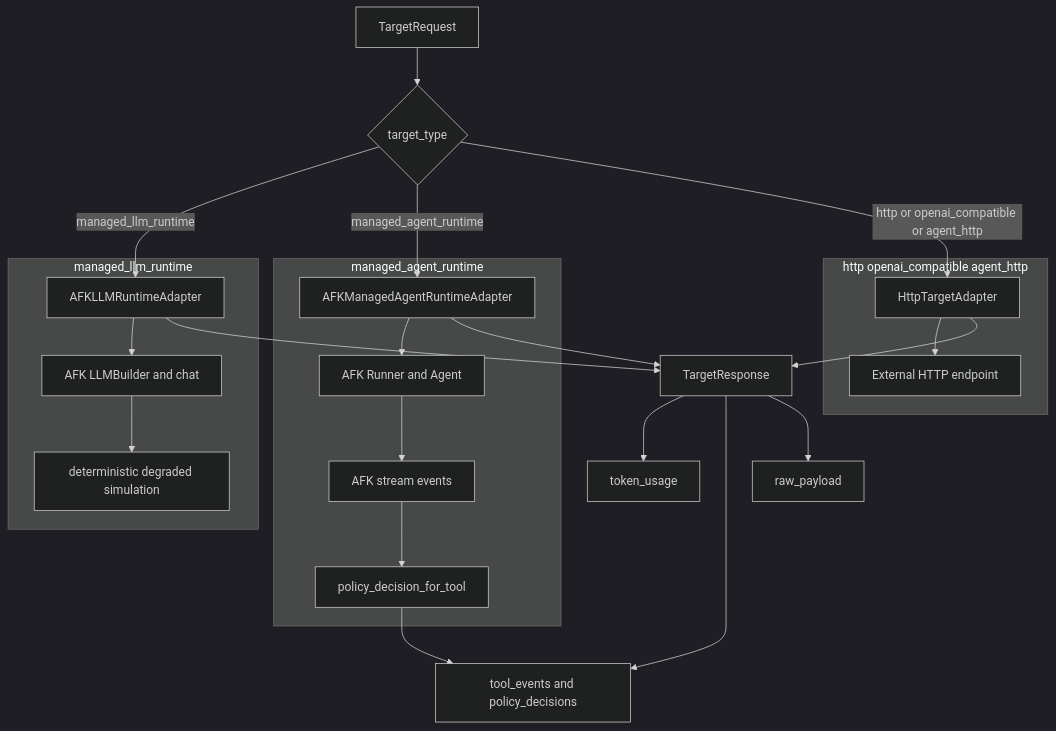
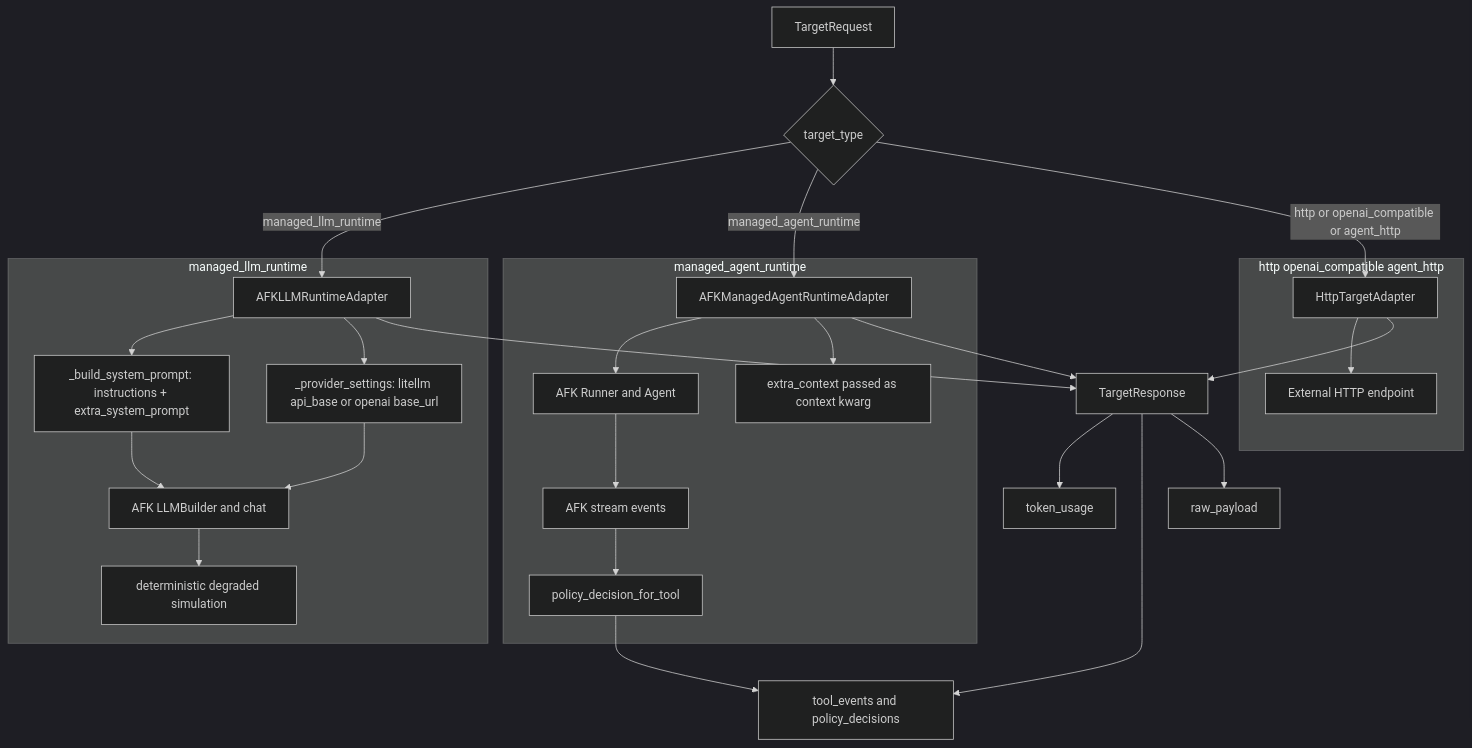
Before and after one commit to arpan404/metroX: the fifth of 13 diagrams in docs/backend-architecture.mdx, drawn with Mermaid (dark theme). The commit also changed other lines of this file and 5 other files, not shown here.

````diff
--- a/docs/backend-architecture.mdx
+++ b/docs/backend-architecture.mdx
@@ -292,49 +294,56 @@
 ```mermaid
 flowchart TB
     REQ[TargetRequest]
     TYPE{target_type}
 
     subgraph LLMManaged[managed_llm_runtime]
         LLM[AFKLLMRuntimeAdapter]
+        SYSPROMPT[_build_system_prompt: instructions + extra_system_prompt]
+        PROVSETTINGS[_provider_settings: litellm api_base or openai base_url]
         AFKLLM[AFK LLMBuilder and chat]
         LLMFALLBACK[deterministic degraded simulation]
     end
 
     subgraph AgentManaged[managed_agent_runtime]
         AGENT[AFKManagedAgentRuntimeAdapter]
         RUNNER[AFK Runner and Agent]
+        EXTCTX[extra_context passed as context kwarg]
         POLICY[policy_decision_for_tool]
         EVENTS[AFK stream events]
     end
 
     subgraph HTTPPath[http openai_compatible agent_http]
         HTTP[HttpTargetAdapter]
         EXTHTTP[External HTTP endpoint]
     end
 
     RESP[TargetResponse]
     TOK[token_usage]
     TOOLS[tool_events and policy_decisions]
     RAW[raw_payload]
 
     REQ --> TYPE
     TYPE -->|managed_llm_runtime| LLM
-    LLM --> AFKLLM
+    LLM --> SYSPROMPT
+    LLM --> PROVSETTINGS
+    PROVSETTINGS --> AFKLLM
+    SYSPROMPT --> AFKLLM
     AFKLLM --> LLMFALLBACK
     LLM --> RESP
 
     TYPE -->|managed_agent_runtime| AGENT
     AGENT --> RUNNER
+    AGENT --> EXTCTX
     RUNNER --> EVENTS
     EVENTS --> POLICY
     POLICY --> TOOLS
     AGENT --> RESP
 
     TYPE -->|http or openai_compatible or agent_http| HTTP
     HTTP --> EXTHTTP
     HTTP --> RESP
 
     RESP --> TOK
     RESP --> TOOLS
     RESP --> RAW
 ```
````
